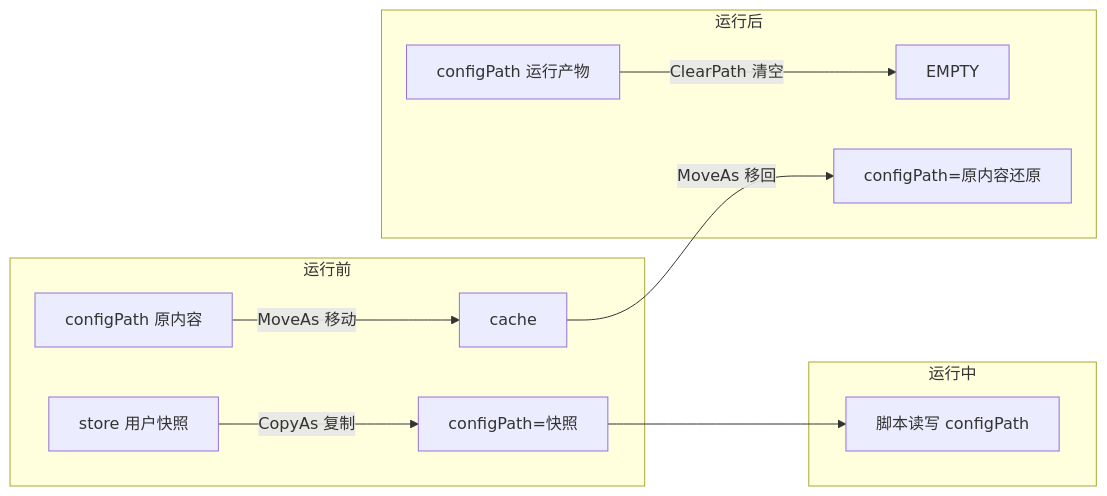
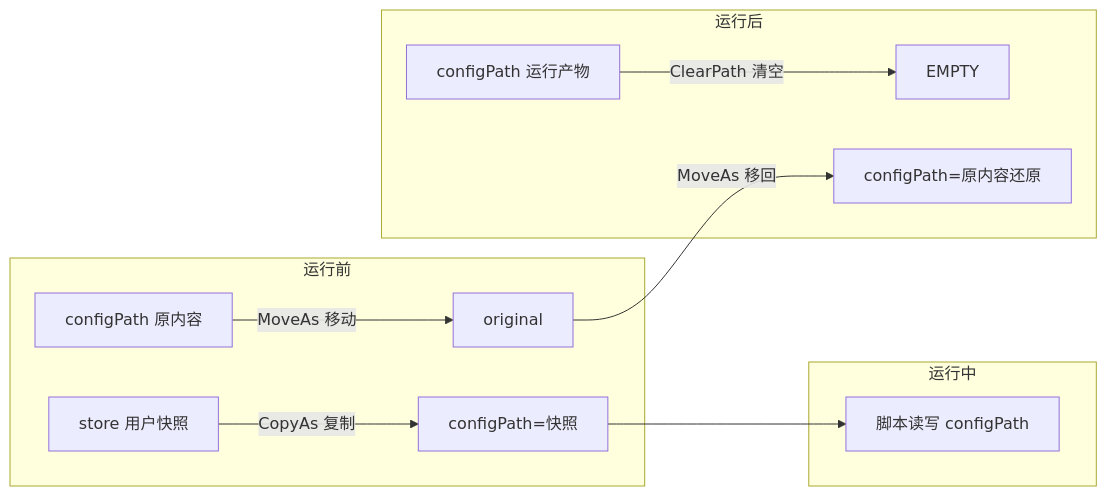
The third of 4 diagrams in docs/DESIGN.md (FlappiBakuse/NexusPipeline), drawn with Mermaid before and after one commit. The commit also changed other lines of this file and 27 other files, not shown here.

````diff
--- a/docs/DESIGN.md
+++ b/docs/DESIGN.md
@@ -153,14 +154,14 @@
 ```mermaid
 flowchart LR
     subgraph 运行前
-        C1[configPath 原内容] -- MoveAs 移动 --> CA[cache]
+        C1[configPath 原内容] -- MoveAs 移动 --> CA[original]
         ST[store 用户快照] -- CopyAs 复制 --> C2[configPath=快照]
     end
     subgraph 运行中
         C2 --> RUN[脚本读写 configPath]
     end
     subgraph 运行后
         C3[configPath 运行产物] -- ClearPath 清空 --> EMPTY
         CA -- MoveAs 移回 --> C4[configPath=原内容还原]
     end
 ```
````
